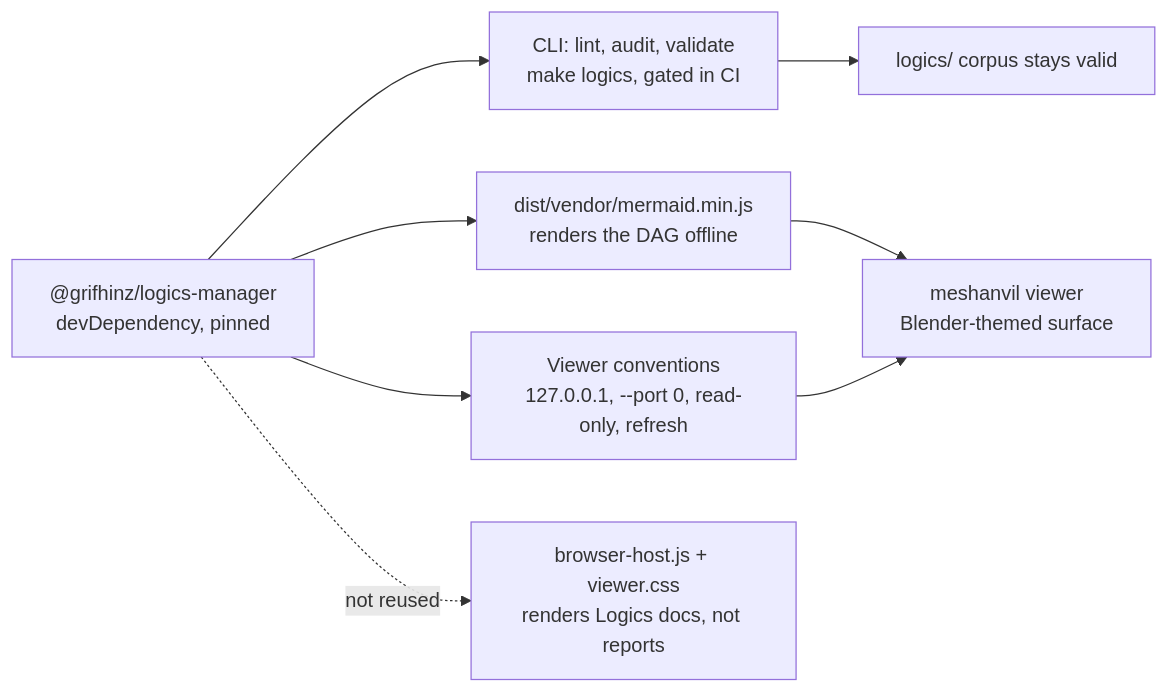
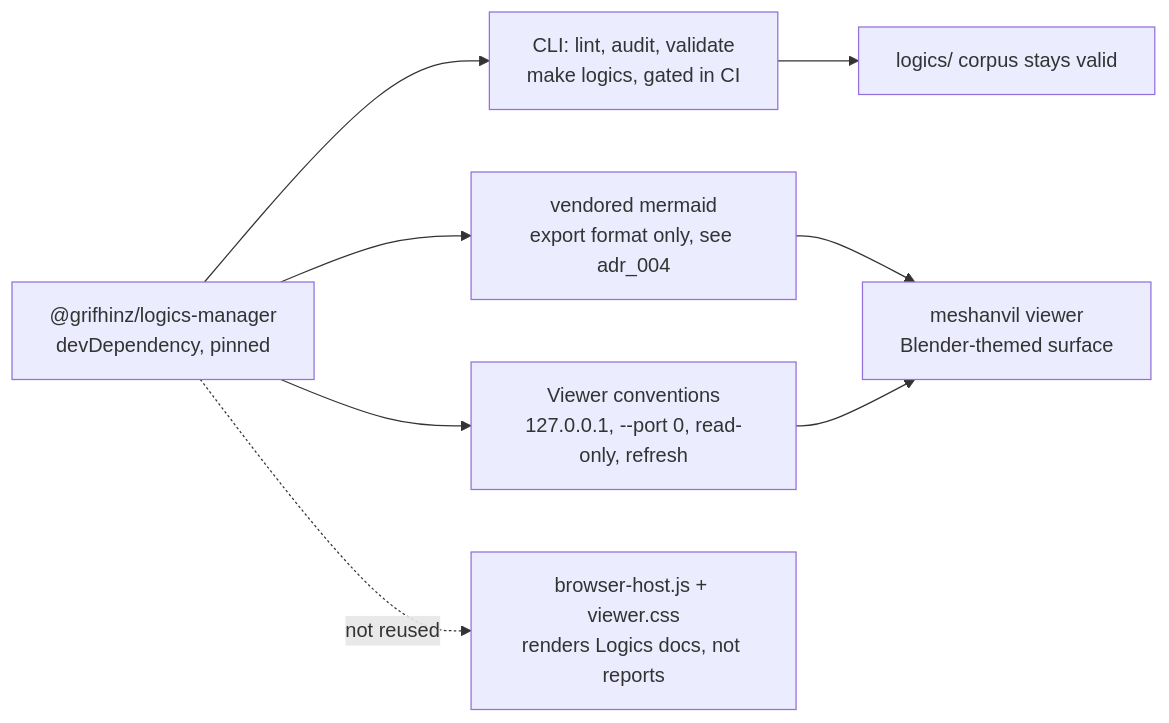
The diagram in logics/architecture/adr_002_depend_on_logics_manager_and_reuse_its_structure.md (AlexAgo83/meshanvil), drawn with Mermaid before and after one commit. The commit also changed other lines of this file and 6 other files, not shown here.

````diff
--- a/logics/architecture/adr_002_depend_on_logics_manager_and_reuse_its_structure.md
+++ b/logics/architecture/adr_002_depend_on_logics_manager_and_reuse_its_structure.md
@@ -13,10 +14,10 @@
 ```mermaid
 flowchart LR
   dep["@grifhinz/logics-manager<br/>devDependency, pinned"] --> cli[CLI: lint, audit, validate<br/>make logics, gated in CI]
-  dep --> mmd[dist/vendor/mermaid.min.js<br/>renders the DAG offline]
+  dep --> mmd[vendored mermaid<br/>export format only, see adr_004]
   dep --> conv[Viewer conventions<br/>127.0.0.1, --port 0, read-only, refresh]
   dep -.->|not reused| host[browser-host.js + viewer.css<br/>renders Logics docs, not reports]
   cli --> corpus[logics/ corpus stays valid]
   mmd --> viewer[meshanvil viewer<br/>Blender-themed surface]
   conv --> viewer
 ```
````
